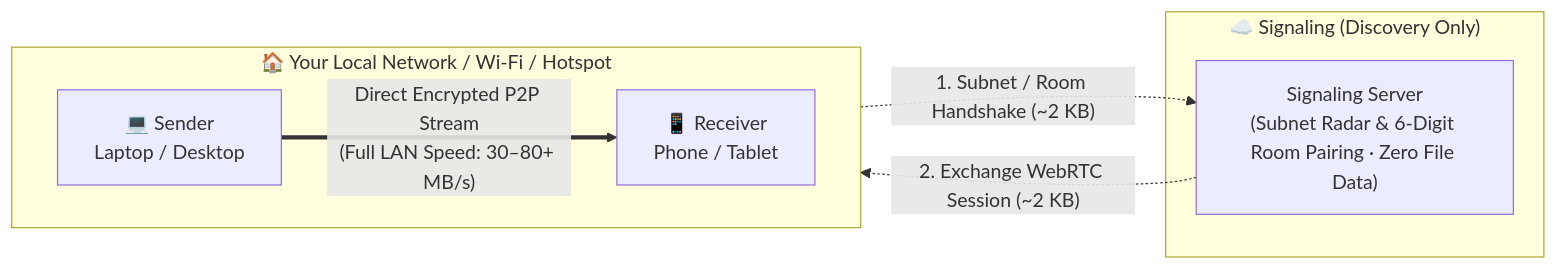
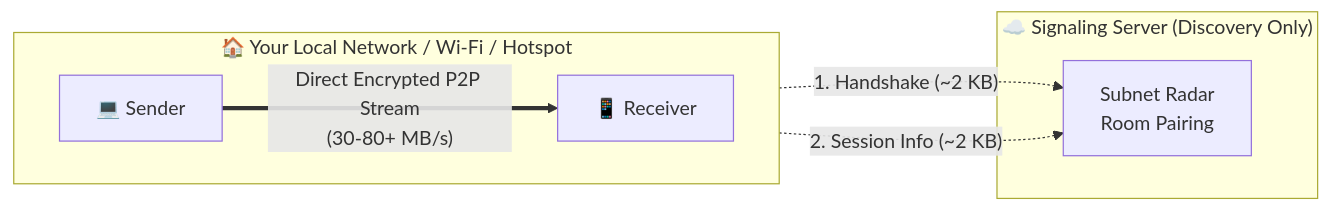
The first of 2 diagrams in README.md (bilalzulfiqar-pk/lan-share), drawn with Mermaid before and after one commit. The commit also changed other lines of this file, not shown here.

Commit message:
docs(readme): polish architecture diagram layout, typography, and sync test counts
- Streamline Simple Architecture Diagram to clean Left-to-Right layout with parallel non-crossing arrows
- Refine Signaling Server node typography with clean 'Subnet Radar' and 'Room Pairing' labels
- Clarify privacy phrasing to 'pass through' across architecture notes
- Sync automated test count metrics and badge to 348 Passed (278 client + 70 server)

````diff
--- a/README.md
+++ b/README.md
@@ -100,17 +100,14 @@
 ```mermaid
 flowchart LR
-    subgraph Cloud ["☁️ Signaling (Discovery Only)"]
-        Server["Signaling Server<br/>(Subnet Radar & 6-Digit Room Pairing · Zero File Data)"]
+    subgraph LocalNet ["🏠 Your Local Network / Wi-Fi / Hotspot"]
+        direction LR
+        DevA["💻 Sender"] == "Direct Encrypted P2P Stream<br/>(30-80+ MB/s)" ==> DevB["📱 Receiver"]
     end
 
-    subgraph LocalNet ["🏠 Your Local Network / Wi-Fi / Hotspot"]
-        direction LR
-        DevA["💻 Sender<br/>Laptop / Desktop"]
-        DevB["📱 Receiver<br/>Phone / Tablet"]
-        
-        DevA == "Direct Encrypted P2P Stream<br/>(Full LAN Speed: 30–80+ MB/s)" ==> DevB
+    subgraph Cloud ["☁️ Signaling Server (Discovery Only)"]
+        Server["Subnet Radar<br/>Room Pairing"]
     end
 
-    DevA -. "1. Subnet / Room Handshake (~2 KB)" .-> Server
-    Server -. "2. Exchange WebRTC Session (~2 KB)" .-> DevB
+    DevA -. "1. Handshake (~2 KB)" .-> Server
+    DevB -. "2. Session Info (~2 KB)" .-> Server
 ```
````
